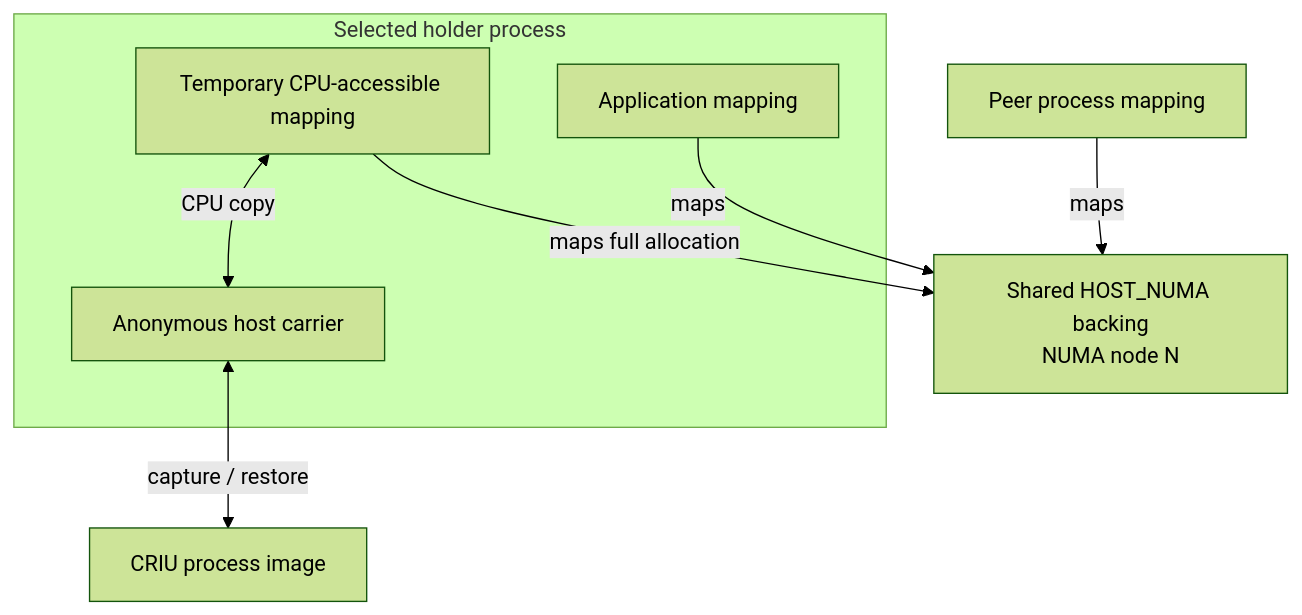
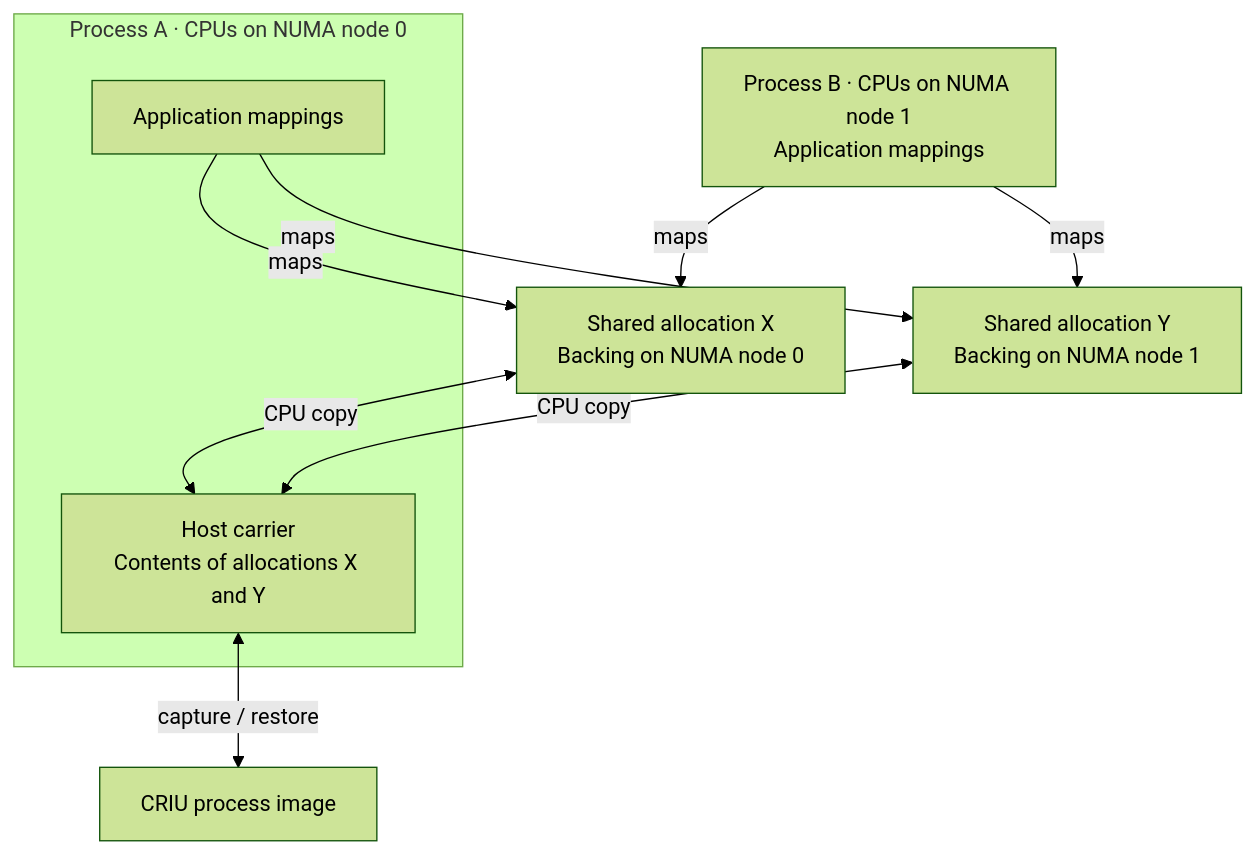
Before and after one commit to sheetal104/snapshot: the eighth of 10 diagrams in docs/proposals/295-cuinterpose/README.md, drawn with Mermaid (forest theme). The commit also changed other lines of this file, not shown here.

Commit message:
docs(cuinterpose): clarify NUMA sharing and destination placement

````diff
--- a/docs/proposals/295-cuinterpose/README.md
+++ b/docs/proposals/295-cuinterpose/README.md
@@ -554,16 +548,18 @@
 ```mermaid
 flowchart TB
-    subgraph Holder["Selected holder process"]
-        A["Application mapping"]
-        T["Temporary CPU-accessible mapping"]
-        C["Anonymous host carrier"]
+    subgraph Holder["Process A · CPUs on NUMA node 0"]
+        A["Application mappings"]
+        C["Host carrier<br/>Contents of allocations X and Y"]
     end
-    B["Peer process mapping"]
-    H["Shared HOST_NUMA backing<br/>NUMA node N"]
+    B["Process B · CPUs on NUMA node 1<br/>Application mappings"]
+    X["Shared allocation X<br/>Backing on NUMA node 0"]
+    Y["Shared allocation Y<br/>Backing on NUMA node 1"]
     R["CRIU process image"]
-    A -->|maps| H
-    B -->|maps| H
-    T -->|maps full allocation| H
-    T <-->|CPU copy| C
+    A -->|maps| X
+    A -->|maps| Y
+    B -->|maps| X
+    B -->|maps| Y
+    X <-->|CPU copy| C
+    Y <-->|CPU copy| C
     C <-->|capture / restore| R
 ```
````
